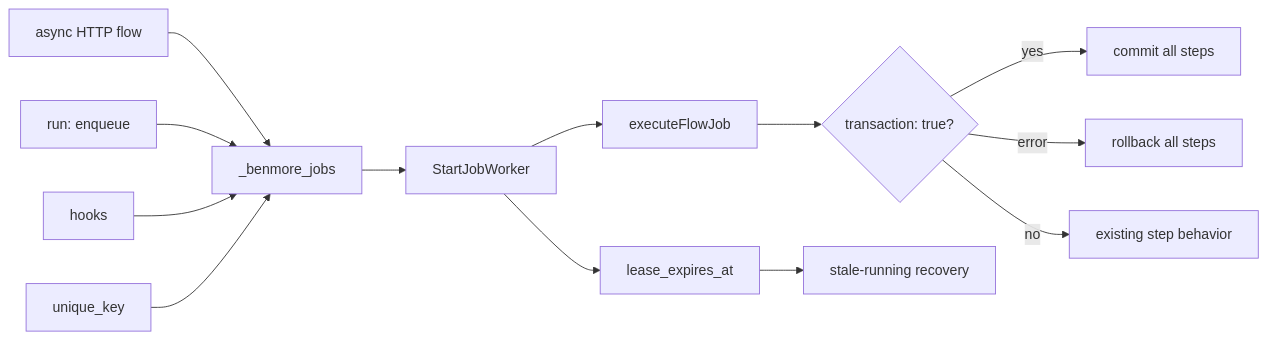
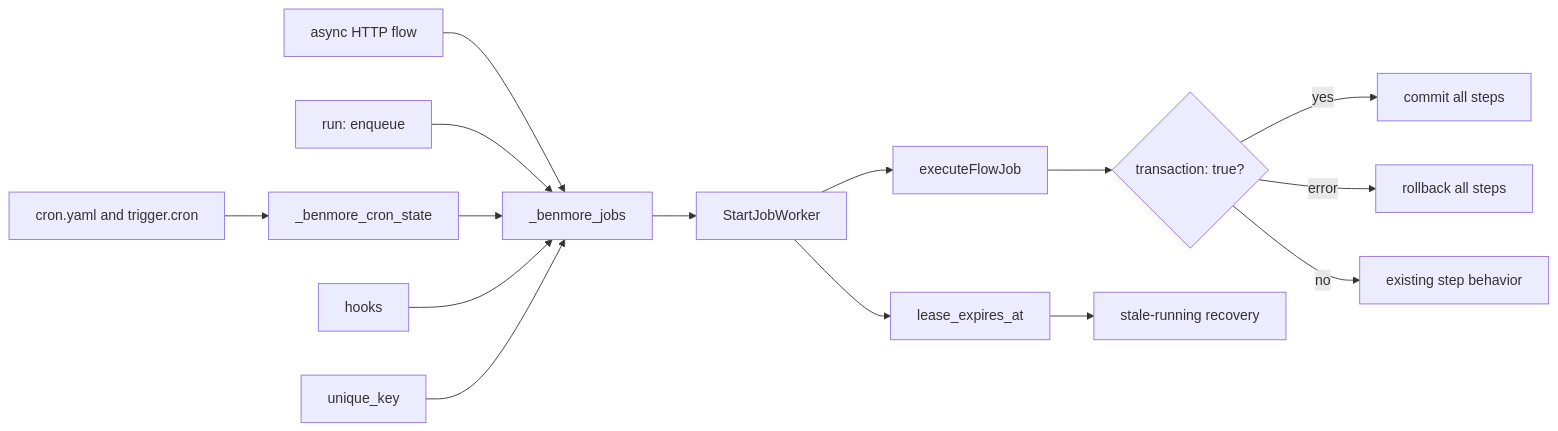
Before and after one commit to Benmore-Studio/benmore: the first of 2 diagrams in docs/agent/durable-jobs.md, drawn with Mermaid. The commit also changed other lines of this file and 3 other files, not shown here.

Commit message:
Run cron through durable jobs

````diff
--- a/docs/agent/durable-jobs.md
+++ b/docs/agent/durable-jobs.md
@@ -9,15 +8,17 @@
 ```mermaid
 flowchart LR
   HTTP[async HTTP flow] --> Jobs[_benmore_jobs]
   Enqueue[run: enqueue] --> Jobs
+  Cron[cron.yaml and trigger.cron] --> CronState[_benmore_cron_state]
+  CronState --> Jobs
   Hooks[hooks] --> Jobs
   Unique[unique_key] --> Jobs
   Jobs --> Worker[StartJobWorker]
   Worker --> Lease[lease_expires_at]
   Worker --> Flow[executeFlowJob]
   Flow --> Tx{transaction: true?}
   Tx -->|yes| Commit[commit all steps]
   Tx -->|error| Rollback[rollback all steps]
   Tx -->|no| Direct[existing step behavior]
   Lease --> Recovery[stale-running recovery]
 ```
````
